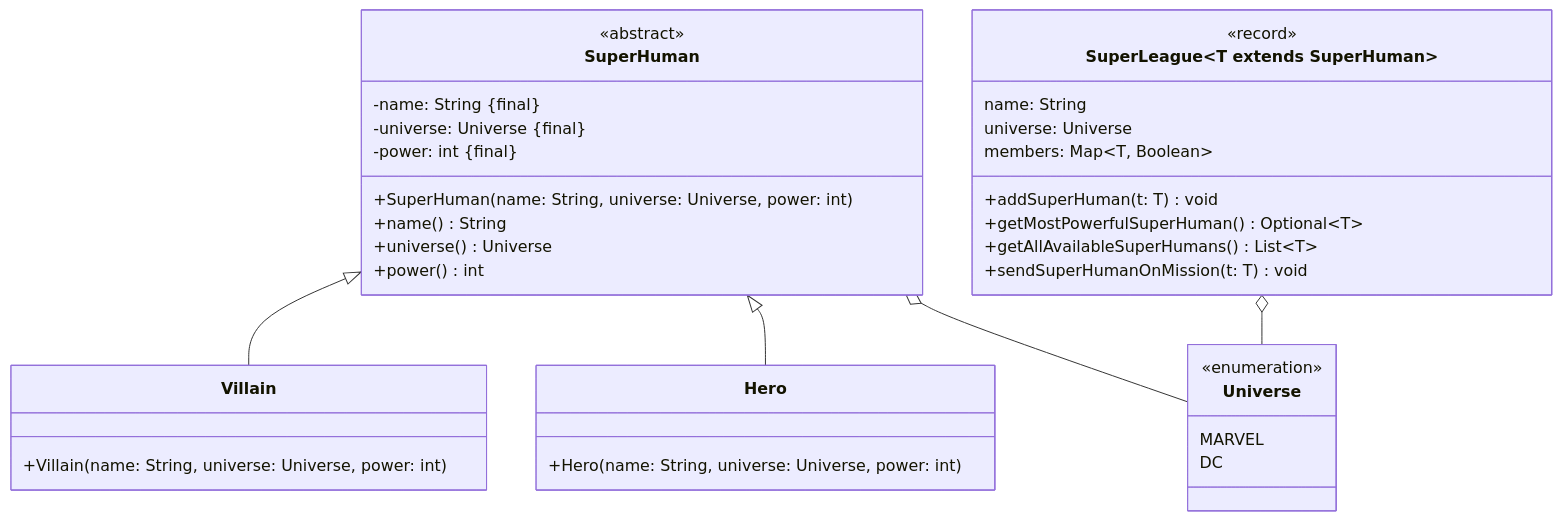
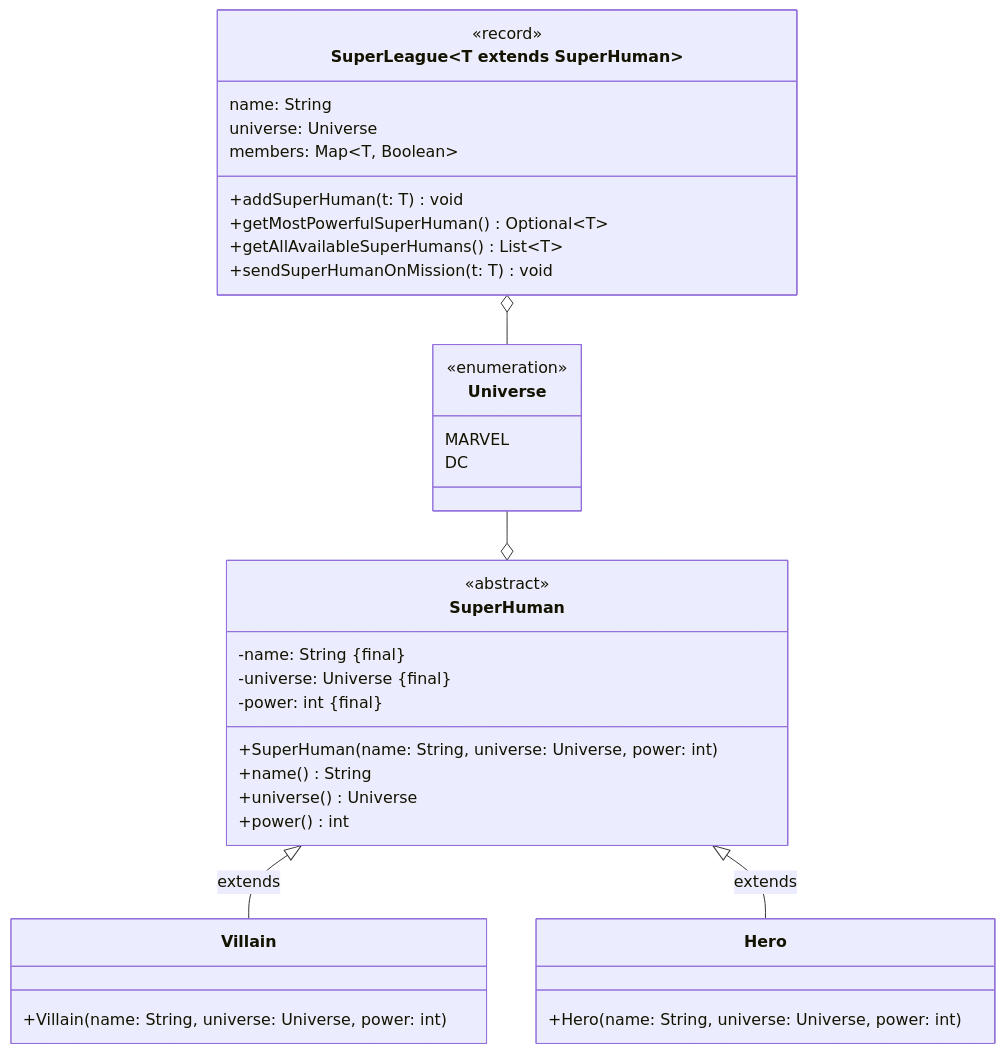
One commit to jappuccini/java-docs changed the second of 3 diagrams in docs/additional-material/daniel/sample-exam-java2.md. Above: the diagram before and after it, drawn with Mermaid. The commit also changed other lines of this file and 36 other files, not shown here.

````diff
--- a/docs/additional-material/daniel/sample-exam-java2.md
+++ b/docs/additional-material/daniel/sample-exam-java2.md
@@ -166,43 +167,43 @@
 ```mermaid
 classDiagram
-    SuperHuman <|-- Villain
-    SuperHuman <|-- Hero
-    SuperHuman o-- Universe
+    SuperHuman <|-- Villain : extends
+    SuperHuman <|-- Hero : extends
+    Universe --o SuperHuman
     SuperLeague~T extends SuperHuman~ o-- Universe
 
     class SuperHuman {
         <<abstract>>
         -name: String &#123final&#125
         -universe: Universe &#123final&#125
         -power: int &#123final&#125
         +SuperHuman(name: String, universe: Universe, power: int)
         +name() String
         +universe() Universe
         +power() int
     }
 
     class Villain {
         +Villain(name: String, universe: Universe, power: int)
     }
 
     class Hero {
         +Hero(name: String, universe: Universe, power: int)
     }
 
     class Universe {
         <<enumeration>>
         MARVEL
         DC
     }
 
     class SuperLeague~T extends SuperHuman~ {
         <<record>>
         name: String
         universe: Universe
         members: Map~T, Boolean~
         +addSuperHuman(t: T) void
         +getMostPowerfulSuperHuman() Optional~T~
         +getAllAvailableSuperHumans() List~T~
         +sendSuperHumanOnMission(t: T) void
     }
 ```
````
